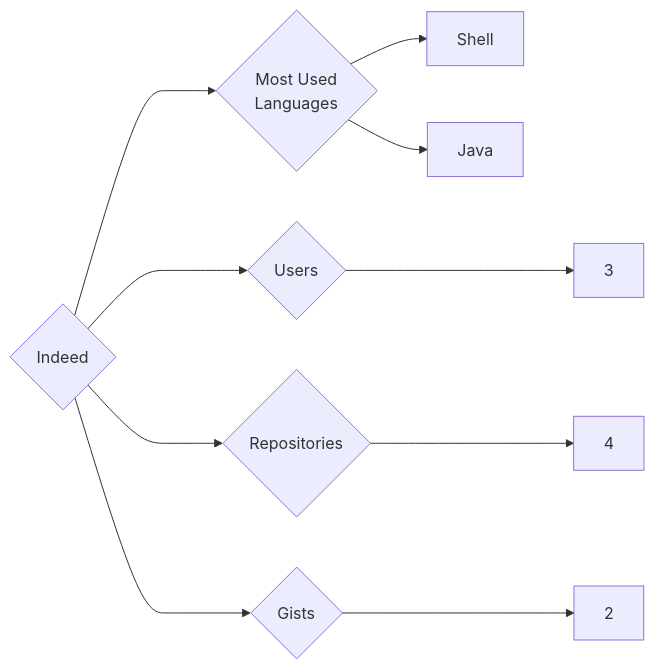
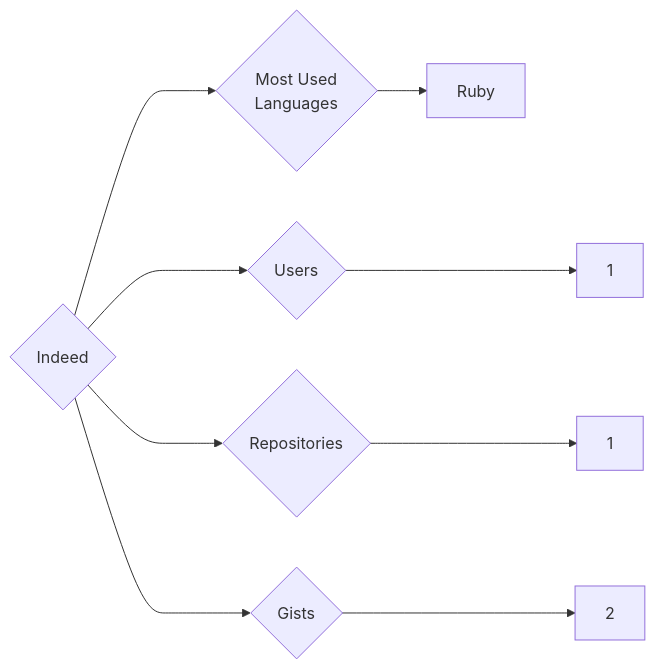
The diagram in targets/Indeed/README.md (trickest/insiders), drawn with Mermaid before and after one commit. The commit also changed 894 other files, not shown here.

````diff
--- a/targets/Indeed/README.md
+++ b/targets/Indeed/README.md
@@ -3,10 +3,9 @@
 ```mermaid
 graph LR
 COMPANY_NAME{Indeed}
-COMPANY_NAME ---> U{Users} ---> UN[3]
-COMPANY_NAME ---> R{Repositories} ---> RN[4]
+COMPANY_NAME ---> U{Users} ---> UN[1]
+COMPANY_NAME ---> R{Repositories} ---> RN[1]
 COMPANY_NAME ---> G{Gists} ---> GN[2]
 COMPANY_NAME ---> ML{Most Used<br>Languages}
-ML --> Shell[Shell]
-ML --> Java[Java]
+ML --> Ruby[Ruby]
 ```
````
